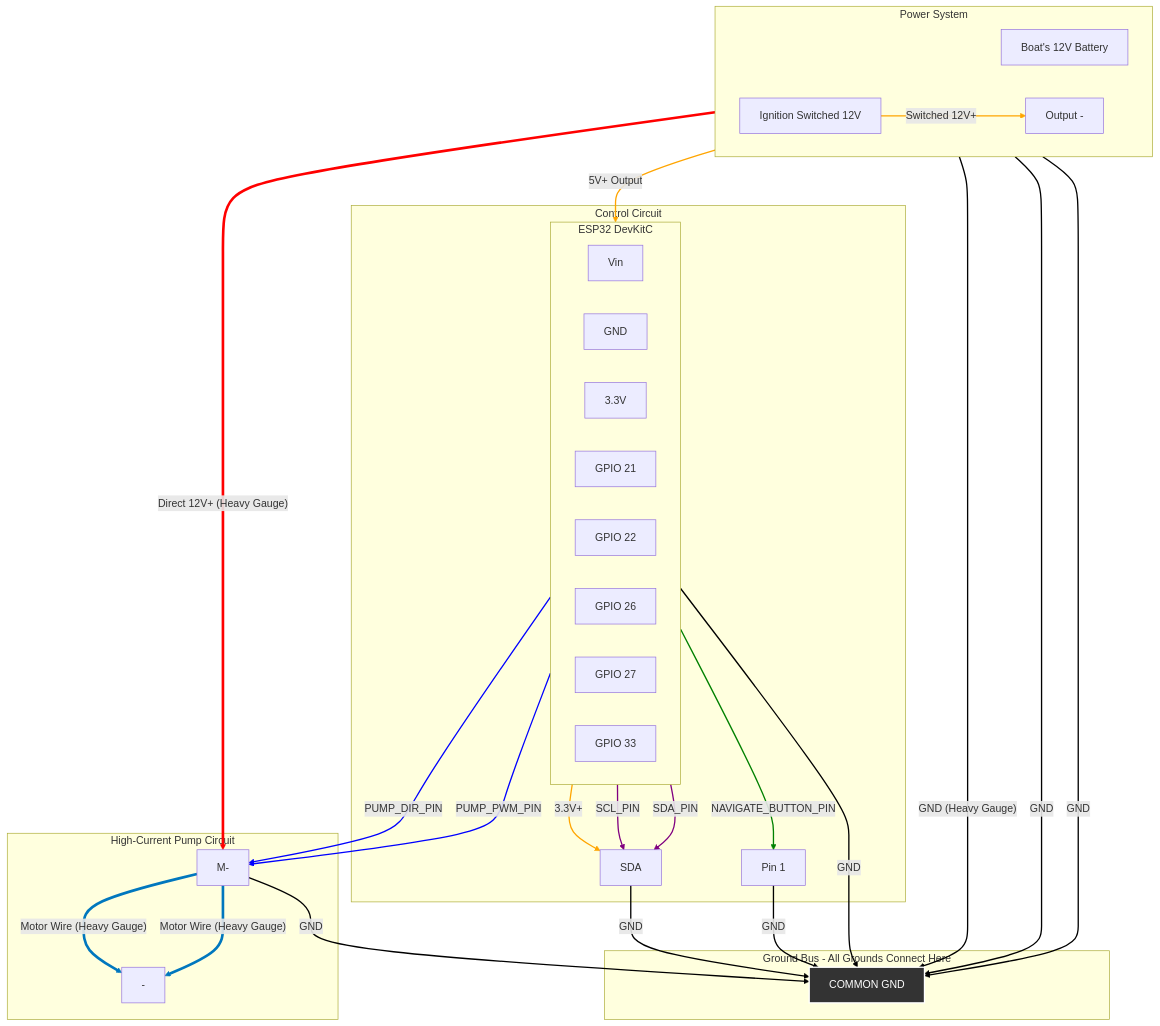
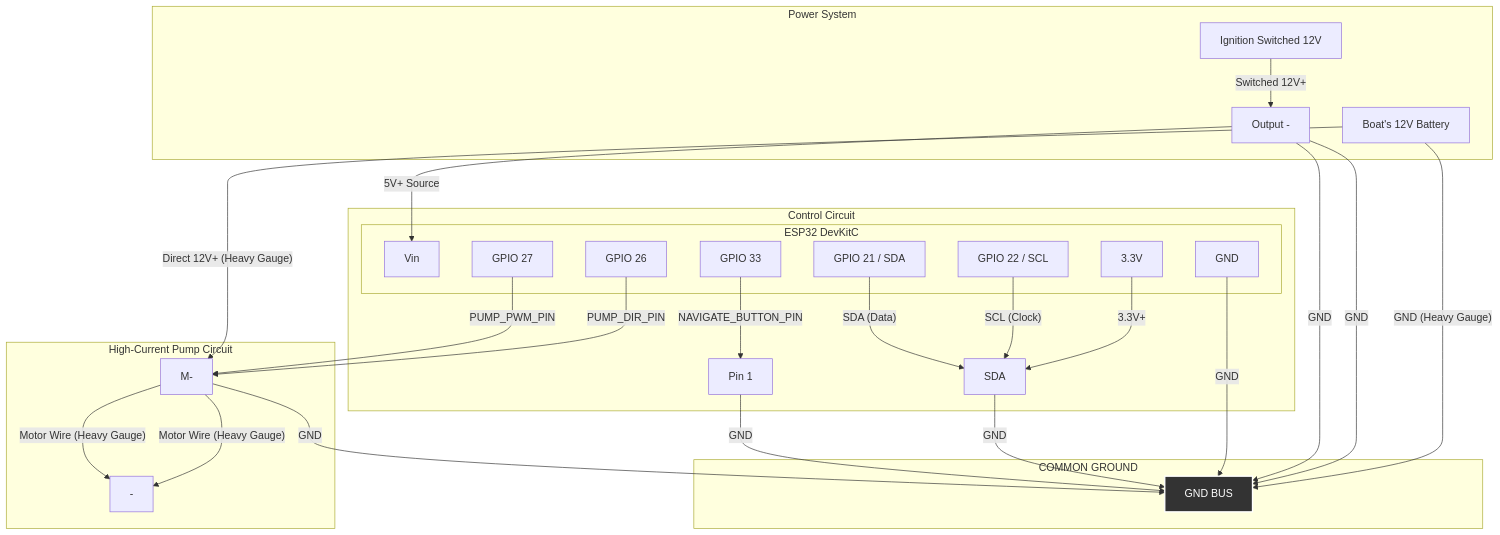
The diagram in README.md (tbitu/mpy-selflearning-autopilot), drawn with Mermaid before and after one commit.

````diff
--- a/README.md
+++ b/README.md
@@ -32,79 +32,65 @@
 ```mermaid
 graph TD
-    %% Define Subgraphs for better organization
+    %% Define Subgraphs for clear organization
     subgraph PowerSystem [Power System]
-        direction LR
         A[Boat's 12V Battery]
         B[Ignition Switched 12V]
-        H[12V to 5V Buck Converter]
+        H[12V to 5V DC-DC Buck Converter]
     end
 
     subgraph HighCurrentCircuit [High-Current Pump Circuit]
         C[Motor Driver e.g., BTS7960]
         F[12V Hydraulic Pump]
     end
 
     subgraph ControlCircuit [Control Circuit]
         subgraph ESP32 [ESP32 DevKitC]
-            direction LR
             D_VIN[Vin]
             D_GND[GND]
             D_3V3[3.3V]
-            D_GPIO21[GPIO 21]
-            D_GPIO22[GPIO 22]
+            D_GPIO21[GPIO 21 / SDA]
+            D_GPIO22[GPIO 22 / SCL]
             D_GPIO26[GPIO 26]
             D_GPIO27[GPIO 27]
             D_GPIO33[GPIO 33]
         end
         E[BNO055 Sensor]
         G[Navigate Button]
     end
 
-    %% Central Ground Bus - CRITICAL
-    subgraph GroundBus [Ground Bus - All Grounds Connect Here]
-        GND[COMMON GND]
+    %% The single, critical ground point for the entire system
+    subgraph GroundBus [COMMON GROUND]
+        GND[GND BUS]
     end
     style GND fill:#333,stroke:#fff,stroke-width:2px,color:#fff
 
-    %% --- POWER WIRING ---
+    %% --- POWER WIRING (Corrected) ---
     B -- "Switched 12V+" --> H[Input +]
-    H -- "5V+ Output" --> D_VIN[Vin]
+    H[Output +] -- "5V+ Source" --> D_VIN[Vin]
     D_3V3 -- "3.3V+" --> E[Vin]
     A -- "Direct 12V+ (Heavy Gauge)" --> C[B+]
 
-    %% --- GROUND WIRING ---
+    %% --- GROUND WIRING (Corrected & Simplified) ---
     A -- "GND (Heavy Gauge)" --> GND
     H[Input -] -- "GND" --> GND
     H[Output -] -- "GND" --> GND
     D_GND -- "GND" --> GND
     E[GND] -- "GND" --> GND
     G[Pin 2] -- "GND" --> GND
     C[B-] -- "GND" --> GND
 
     %% --- PUMP CONTROL SIGNALS (from main.py) ---
     D_GPIO26 -- "PUMP_DIR_PIN" --> C[RPWM/DIR]
     D_GPIO27 -- "PUMP_PWM_PIN" --> C[LPWM/PWM]
 
     %% --- BUTTON WIRING (from main.py) ---
     D_GPIO33 -- "NAVIGATE_BUTTON_PIN" --> G[Pin 1]
 
     %% --- I2C SENSOR WIRING (from main.py) ---
-    D_GPIO22 -- "SCL_PIN" --> E[SCL]
-    D_GPIO21 -- "SDA_PIN" --> E[SDA]
+    D_GPIO22 -- "SCL (Clock)" --> E[SCL]
+    D_GPIO21 -- "SDA (Data)" --> E[SDA]
 
     %% --- MOTOR OUTPUT WIRING ---
     C[M+] -- "Motor Wire (Heavy Gauge)" --> F[+]
     C[M-] -- "Motor Wire (Heavy Gauge)" --> F[-]
-
-    %% --- Styling ---
-    linkStyle 3 stroke:red,stroke-width:4px
-    linkStyle 0,1,2 stroke:orange,stroke-width:2px
-
-    linkStyle 4,5,6,7,8,9,10 stroke:black,stroke-width:2px
-
-    linkStyle 11,12 stroke:blue,stroke-width:2px
-    linkStyle 13 stroke:green,stroke-width:2px
-    linkStyle 14,15 stroke:purple,stroke-width:2px
-
-    linkStyle 16,17 stroke:#0077be,stroke-width:4px
 ```
````
